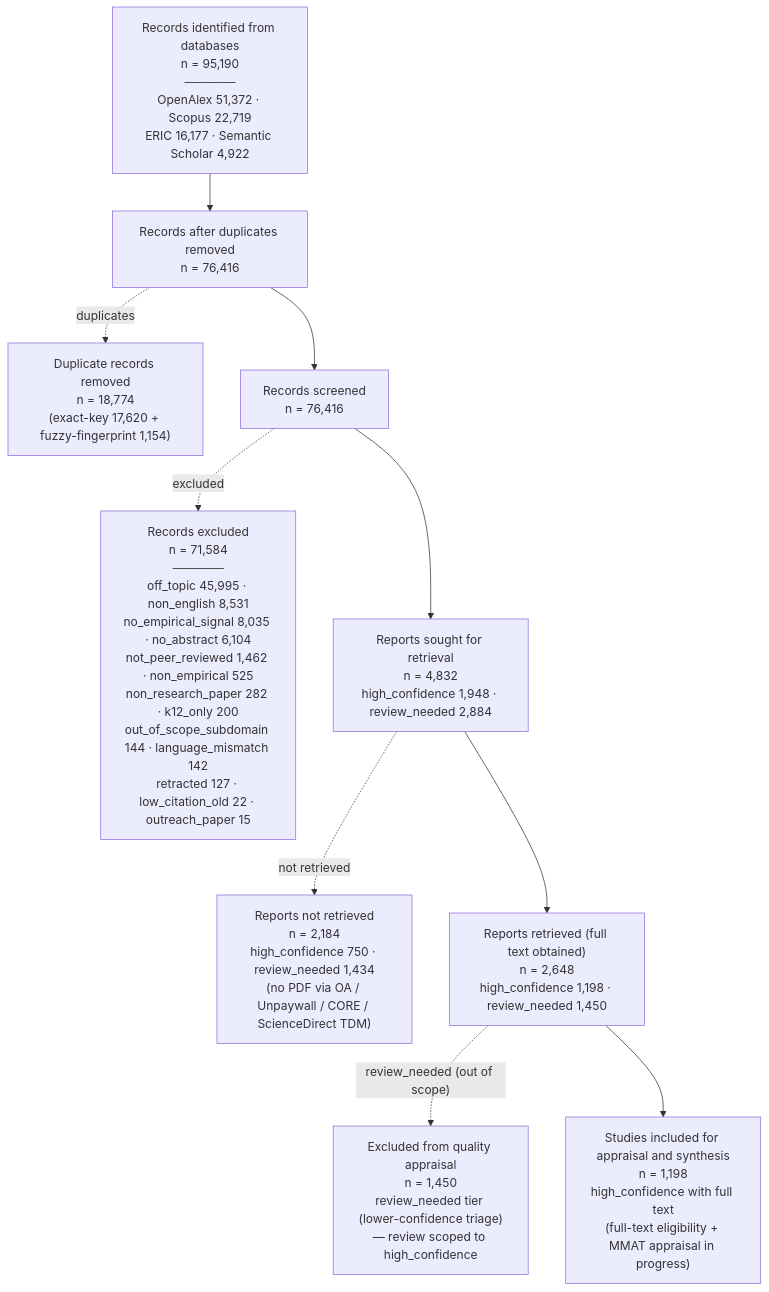
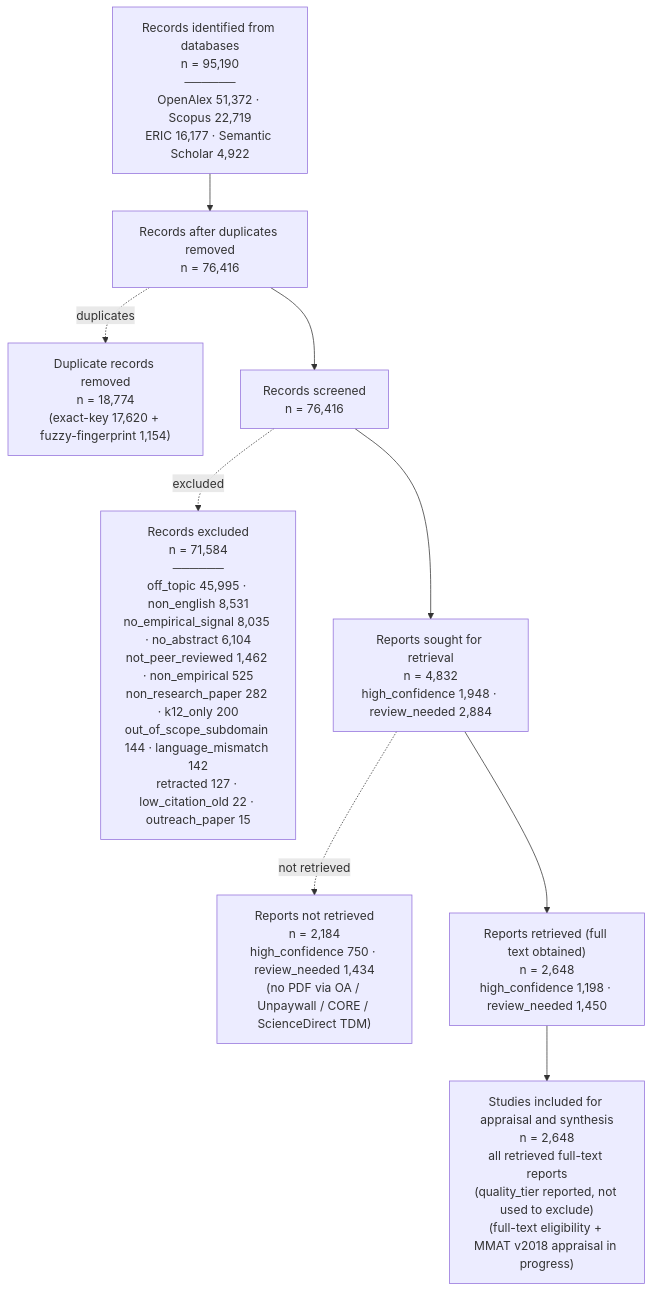
One commit to benjiesotelo-sudo/AI-Higher-Ed-RRL changed the third of 4 diagrams in README.md. Above: the diagram before and after it, drawn with Mermaid. The commit also changed other lines of this file, not shown here.

First line of the commit message:
docs(readme): widen MMAT appraisal scope to all retrievable full-text reports (n=2,648)

````diff
--- a/README.md
+++ b/README.md
@@ -336,23 +336,21 @@
 ```mermaid
 flowchart TD
     DB["Records identified from databases<br/>n = 95,190<br/>──────<br/>OpenAlex 51,372 · Scopus 22,719<br/>ERIC 16,177 · Semantic Scholar 4,922"]
     DEDUP["Records after duplicates removed<br/>n = 76,416"]
     DUPS["Duplicate records removed<br/>n = 18,774<br/>(exact-key 17,620 + fuzzy-fingerprint 1,154)"]
     SCREEN["Records screened<br/>n = 76,416"]
     SCREEN_EX["Records excluded<br/>n = 71,584<br/>──────<br/>off_topic 45,995 · non_english 8,531<br/>no_empirical_signal 8,035 · no_abstract 6,104<br/>not_peer_reviewed 1,462 · non_empirical 525<br/>non_research_paper 282 · k12_only 200<br/>out_of_scope_subdomain 144 · language_mismatch 142<br/>retracted 127 · low_citation_old 22 · outreach_paper 15"]
     SEEK["Reports sought for retrieval<br/>n = 4,832<br/>high_confidence 1,948 · review_needed 2,884"]
     NOT_RET["Reports not retrieved<br/>n = 2,184<br/>high_confidence 750 · review_needed 1,434<br/>(no PDF via OA / Unpaywall / CORE / ScienceDirect TDM)"]
     RET["Reports retrieved (full text obtained)<br/>n = 2,648<br/>high_confidence 1,198 · review_needed 1,450"]
-    SCOPE_EX["Excluded from quality appraisal<br/>n = 1,450<br/>review_needed tier (lower-confidence triage)<br/>— review scoped to high_confidence"]
-    APPR["Studies included for appraisal and synthesis<br/>n = 1,198<br/>high_confidence with full text<br/>(full-text eligibility + MMAT appraisal in progress)"]
+    APPR["Studies included for appraisal and synthesis<br/>n = 2,648<br/>all retrieved full-text reports<br/>(quality_tier reported, not used to exclude)<br/>(full-text eligibility + MMAT v2018 appraisal in progress)"]
 
     DB --> DEDUP
     DEDUP -. duplicates .-> DUPS
     DEDUP --> SCREEN
     SCREEN -. excluded .-> SCREEN_EX
     SCREEN --> SEEK
     SEEK -. not retrieved .-> NOT_RET
     SEEK --> RET
-    RET -. review_needed (out of scope) .-> SCOPE_EX
     RET --> APPR
 ```
````
